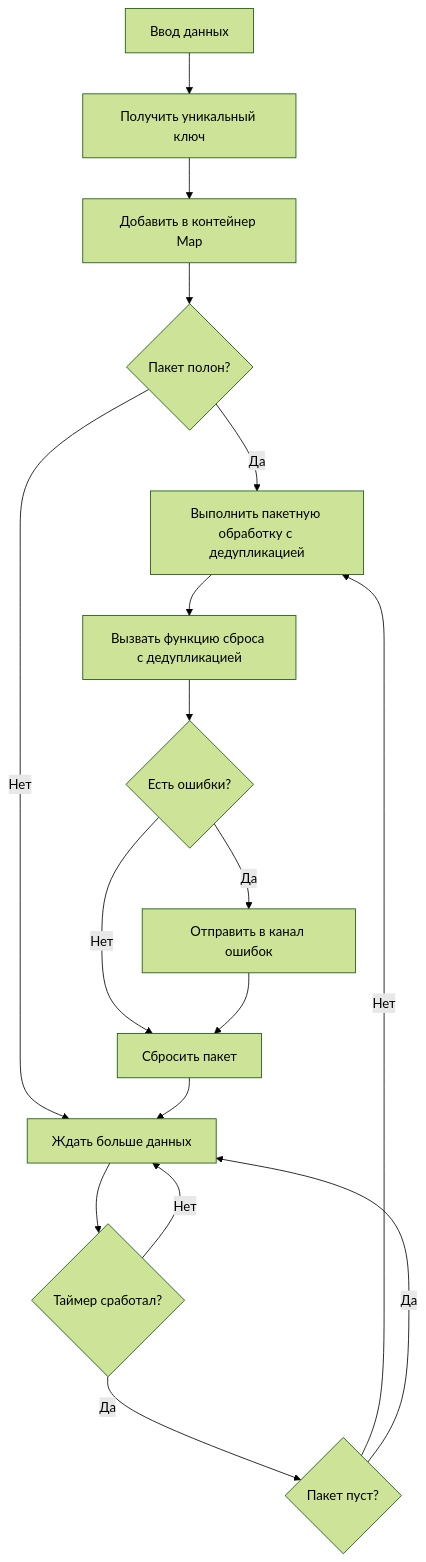
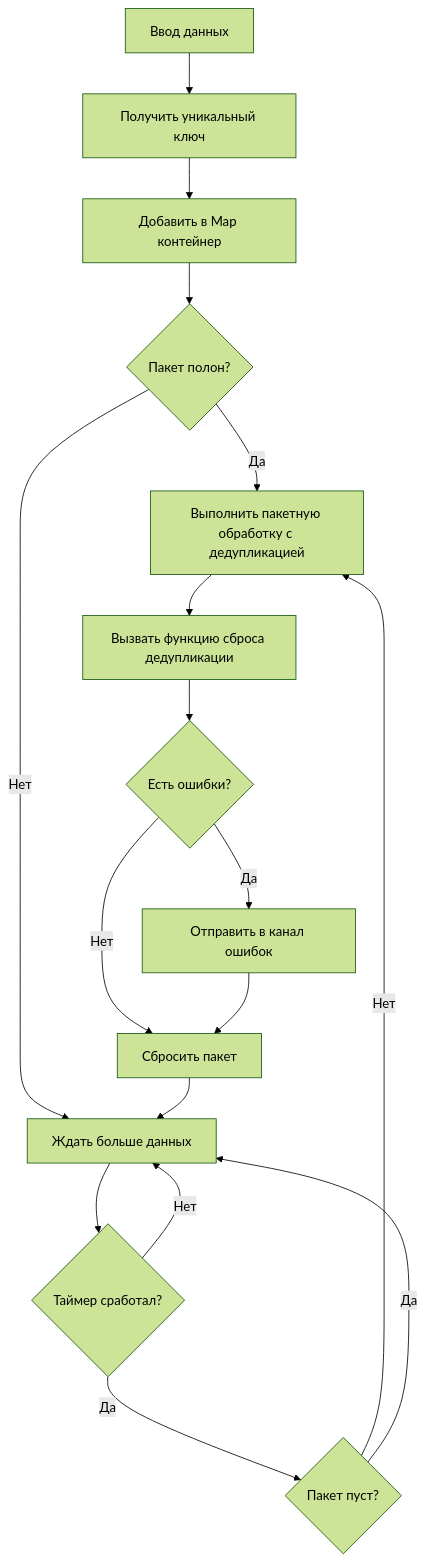
Before and after one commit to rushairer/go-pipeline-homepage: the diagram in i18n/ru/docusaurus-plugin-content-docs/current/deduplication-pipeline.md, drawn with Mermaid (forest theme). The commit also changed other lines of this file and 27 other files, not shown here.

````diff
--- a/i18n/ru/docusaurus-plugin-content-docs/current/deduplication-pipeline.md
+++ b/i18n/ru/docusaurus-plugin-content-docs/current/deduplication-pipeline.md
@@ -23,19 +23,19 @@
 ```mermaid
 graph TD
-    A[Ввод данных] --> B[Получить уникальный ключ]
-    B --> C[Добавить в контейнер Map]
-    C --> D{Пакет полон?}
-    D -->|Да| E[Выполнить пакетную обработку с дедупликацией]
-    D -->|Нет| F[Ждать больше данных]
-    F --> G{Таймер сработал?}
-    G -->|Да| H{Пакет пуст?}
+    A["Ввод данных"] --> B["Получить уникальный ключ"]
+    B --> C["Добавить в Map контейнер"]
+    C --> D{"Пакет полон?"}
+    D -->|Да| E["Выполнить пакетную обработку с дедупликацией"]
+    D -->|Нет| F["Ждать больше данных"]
+    F --> G{"Таймер сработал?"}
+    G -->|Да| H{"Пакет пуст?"}
     H -->|Нет| E
     H -->|Да| F
     G -->|Нет| F
-    E --> I[Вызвать функцию сброса с дедупликацией]
-    I --> J{Есть ошибки?}
-    J -->|Да| K[Отправить в канал ошибок]
-    J -->|Нет| L[Сбросить пакет]
+    E --> I["Вызвать функцию сброса дедупликации"]
+    I --> J{"Есть ошибки?"}
+    J -->|Да| K["Отправить в канал ошибок"]
+    J -->|Нет| L["Сбросить пакет"]
     K --> L
     L --> F
 ```
````
